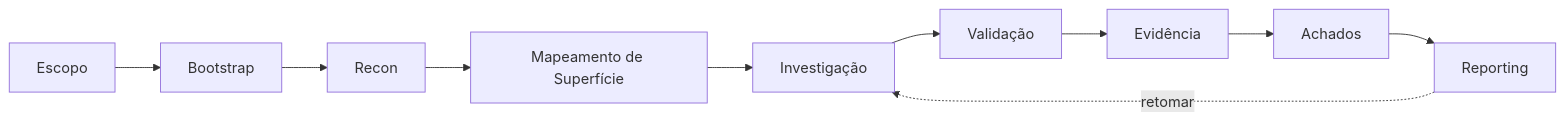
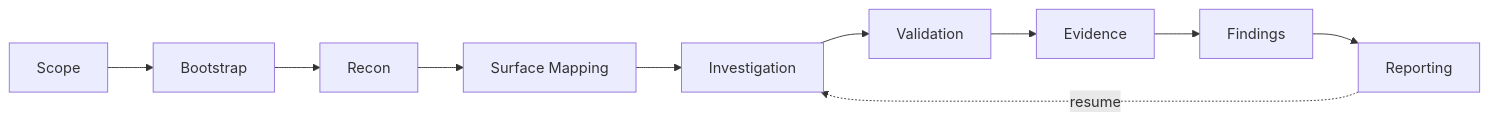
Before and after one commit to Pettigrul/SYNAPSE: the third of 3 diagrams in README.md, drawn with Mermaid. The commit also changed other lines of this file and 41 other files, not shown here.

````diff
--- a/README.md
+++ b/README.md
@@ -333,7 +429,7 @@
 ```mermaid
 flowchart LR
-  S["Escopo"] --> B["Bootstrap"] --> R["Recon"] --> M["Mapeamento de Superfície"]
-  M --> I["Investigação"] --> V["Validação"] --> E["Evidência"]
-  E --> F["Achados"] --> RP["Reporting"]
-  RP -.retomar.-> I
+  S["Scope"] --> B["Bootstrap"] --> R["Recon"] --> M["Surface Mapping"]
+  M --> I["Investigation"] --> V["Validation"] --> E["Evidence"]
+  E --> F["Findings"] --> RP["Reporting"]
+  RP -.resume.-> I
 ```
````
